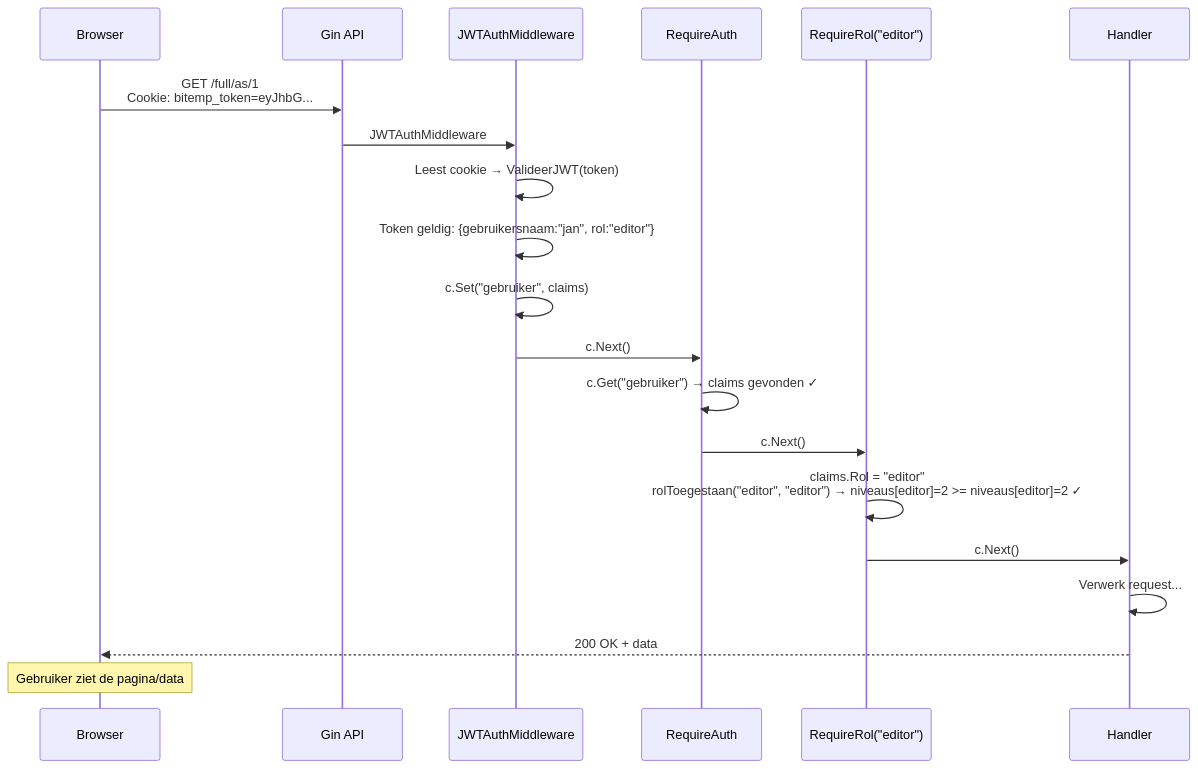
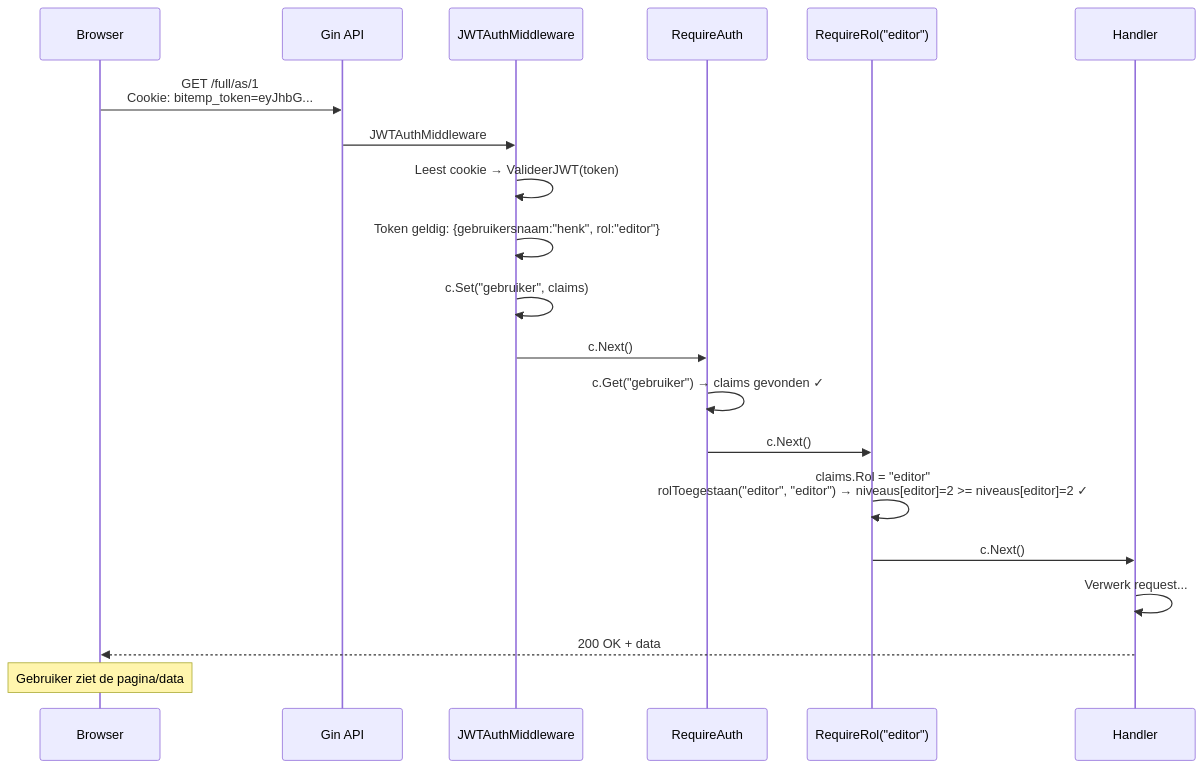
Before and after one commit to MarkWestbroek/Bitemporal_2026: the second of 8 diagrams in bitemp_register_v06/docs/AUTH_DEVELOPER_GUIDE.md, drawn with Mermaid. The commit also changed other lines of this file and 36 other files, not shown here.

````diff
--- a/bitemp_register_v06/docs/AUTH_DEVELOPER_GUIDE.md
+++ b/bitemp_register_v06/docs/AUTH_DEVELOPER_GUIDE.md
@@ -252,28 +253,28 @@
 ```mermaid
 sequenceDiagram
     participant B as Browser
     participant G as Gin API
     participant MW as JWTAuthMiddleware
     participant RA as RequireAuth
     participant RR as RequireRol("editor")
     participant H as Handler
 
     B->>G: GET /full/as/1<br/>Cookie: bitemp_token=eyJhbG...
 
     G->>MW: JWTAuthMiddleware
     MW->>MW: Leest cookie → ValideerJWT(token)
-    MW->>MW: Token geldig: {gebruikersnaam:"jan", rol:"editor"}
+    MW->>MW: Token geldig: {gebruikersnaam:"henk", rol:"editor"}
     MW->>MW: c.Set("gebruiker", claims)
     MW->>RA: c.Next()
 
     RA->>RA: c.Get("gebruiker") → claims gevonden ✓
     RA->>RR: c.Next()
 
     RR->>RR: claims.Rol = "editor"<br/>rolToegestaan("editor", "editor") → niveaus[editor]=2 >= niveaus[editor]=2 ✓
     RR->>H: c.Next()
 
     H->>H: Verwerk request...
     H-->>B: 200 OK + data
 
     Note over B: Gebruiker ziet de pagina/data
 ```
````
